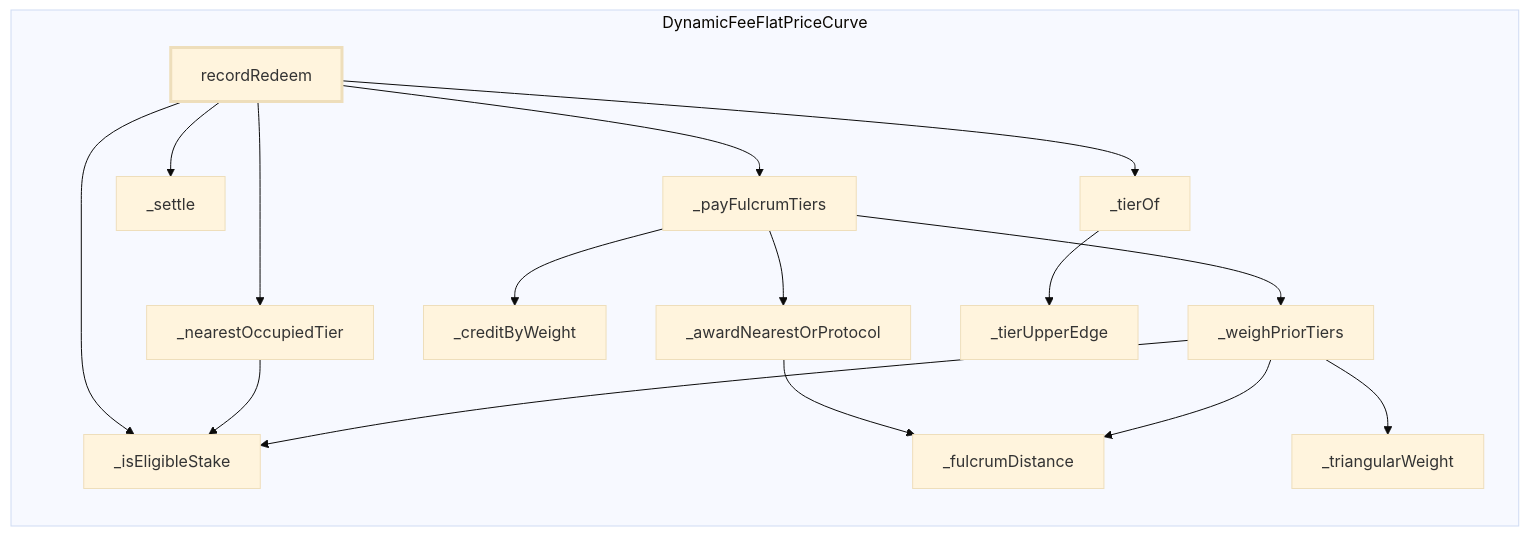
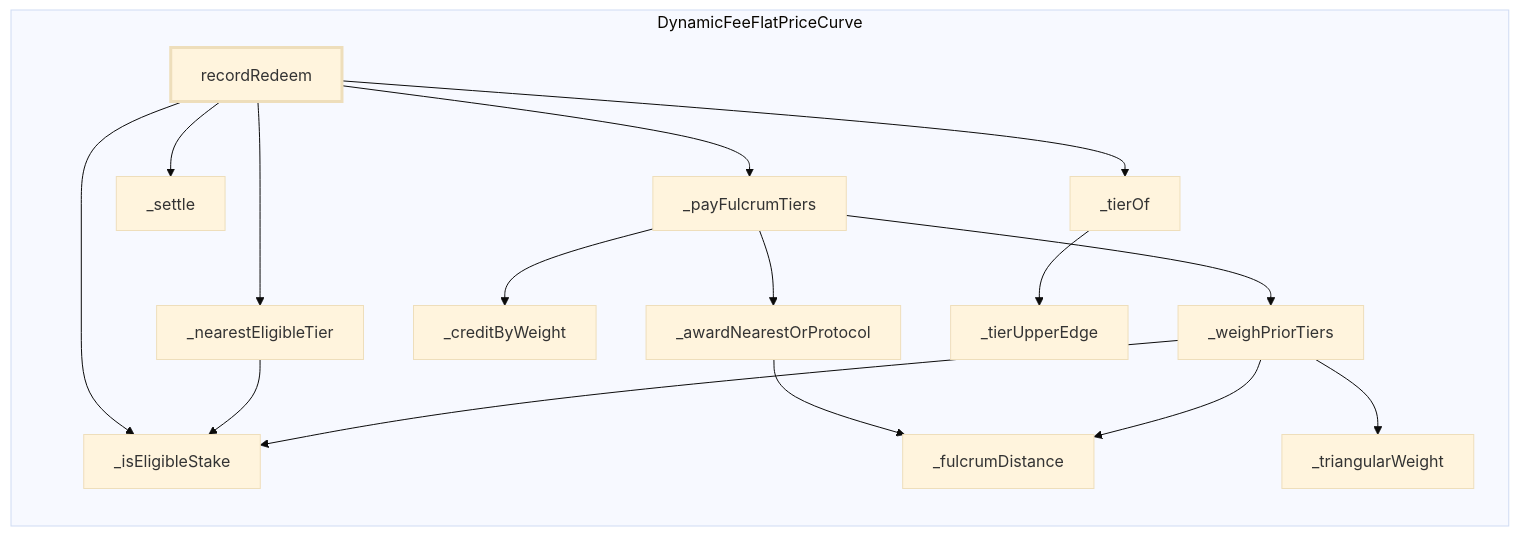
Before and after one commit to 0xIntuition/intuition-contracts-v2: the diagram in docs/call-flows/generated/curve-record-redeem.md, drawn with Mermaid (base theme). The commit also changed other lines of this file and 57 other files, not shown here.

Commit message:
refactor: rename misleading identifiers in the dynamic-fee curve, FeeProxy, MultiVaultLib and AtomWallet

````diff
--- a/docs/call-flows/generated/curve-record-redeem.md
+++ b/docs/call-flows/generated/curve-record-redeem.md
@@ -11,32 +11,32 @@
 ```mermaid
 flowchart LR
   subgraph DynamicFeeFlatPriceCurve["DynamicFeeFlatPriceCurve"]
     DynamicFeeFlatPriceCurve__awardNearestOrProtocol["_awardNearestOrProtocol"]
     DynamicFeeFlatPriceCurve__creditByWeight["_creditByWeight"]
     DynamicFeeFlatPriceCurve__fulcrumDistance["_fulcrumDistance"]
     DynamicFeeFlatPriceCurve__isEligibleStake["_isEligibleStake"]
-    DynamicFeeFlatPriceCurve__nearestOccupiedTier["_nearestOccupiedTier"]
+    DynamicFeeFlatPriceCurve__nearestEligibleTier["_nearestEligibleTier"]
     DynamicFeeFlatPriceCurve__payFulcrumTiers["_payFulcrumTiers"]
     DynamicFeeFlatPriceCurve__settle["_settle"]
     DynamicFeeFlatPriceCurve__tierOf["_tierOf"]
     DynamicFeeFlatPriceCurve__tierUpperEdge["_tierUpperEdge"]
     DynamicFeeFlatPriceCurve__triangularWeight["_triangularWeight"]
     DynamicFeeFlatPriceCurve__weighPriorTiers["_weighPriorTiers"]
     DynamicFeeFlatPriceCurve_recordRedeem["recordRedeem"]
   end
   DynamicFeeFlatPriceCurve_recordRedeem --> DynamicFeeFlatPriceCurve__isEligibleStake
-  DynamicFeeFlatPriceCurve_recordRedeem --> DynamicFeeFlatPriceCurve__nearestOccupiedTier
+  DynamicFeeFlatPriceCurve_recordRedeem --> DynamicFeeFlatPriceCurve__nearestEligibleTier
   DynamicFeeFlatPriceCurve_recordRedeem --> DynamicFeeFlatPriceCurve__payFulcrumTiers
   DynamicFeeFlatPriceCurve_recordRedeem --> DynamicFeeFlatPriceCurve__settle
   DynamicFeeFlatPriceCurve_recordRedeem --> DynamicFeeFlatPriceCurve__tierOf
-  DynamicFeeFlatPriceCurve__nearestOccupiedTier --> DynamicFeeFlatPriceCurve__isEligibleStake
+  DynamicFeeFlatPriceCurve__nearestEligibleTier --> DynamicFeeFlatPriceCurve__isEligibleStake
   DynamicFeeFlatPriceCurve__payFulcrumTiers --> DynamicFeeFlatPriceCurve__awardNearestOrProtocol
   DynamicFeeFlatPriceCurve__payFulcrumTiers --> DynamicFeeFlatPriceCurve__creditByWeight
   DynamicFeeFlatPriceCurve__payFulcrumTiers --> DynamicFeeFlatPriceCurve__weighPriorTiers
   DynamicFeeFlatPriceCurve__tierOf --> DynamicFeeFlatPriceCurve__tierUpperEdge
   DynamicFeeFlatPriceCurve__awardNearestOrProtocol --> DynamicFeeFlatPriceCurve__fulcrumDistance
   DynamicFeeFlatPriceCurve__weighPriorTiers --> DynamicFeeFlatPriceCurve__fulcrumDistance
   DynamicFeeFlatPriceCurve__weighPriorTiers --> DynamicFeeFlatPriceCurve__isEligibleStake
   DynamicFeeFlatPriceCurve__weighPriorTiers --> DynamicFeeFlatPriceCurve__triangularWeight
   style DynamicFeeFlatPriceCurve_recordRedeem stroke-width:3px
 ```
````
